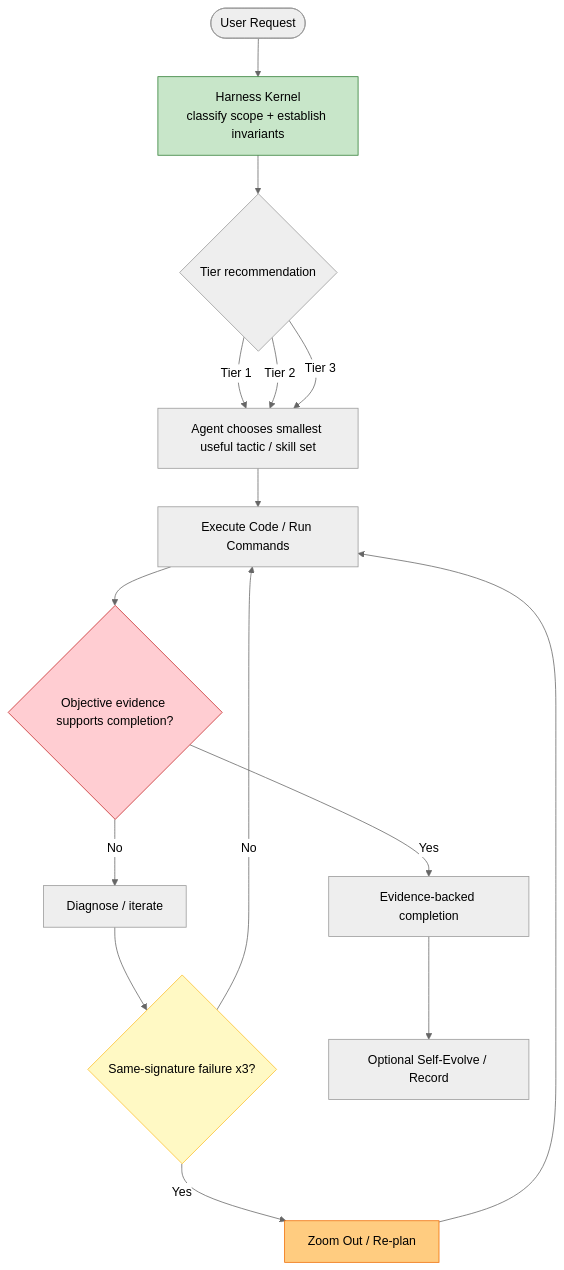
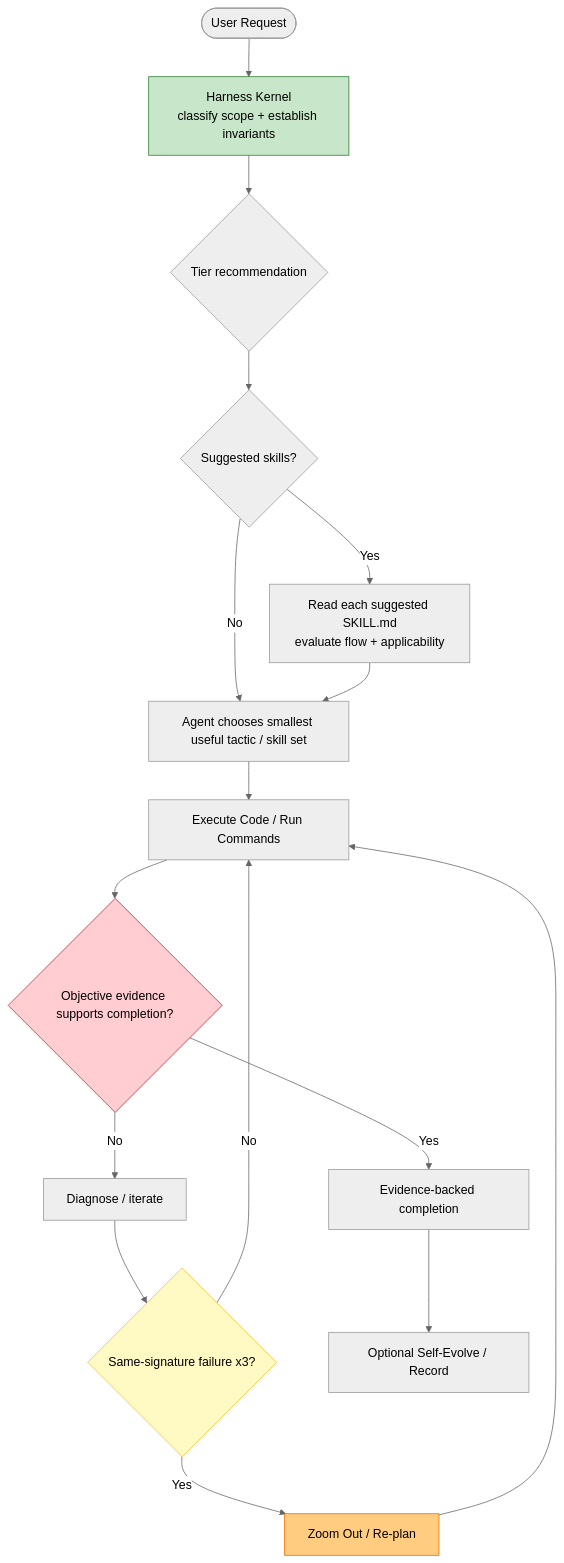
Before and after one commit to dyphn1/Harness-everything: the second of 2 diagrams in README.md, drawn with Mermaid (neutral theme). The commit also changed other lines of this file and 16 other files, not shown here.

First line of the commit message:
feat(router): require evaluation before skipping suggested skills (#140)

````diff
--- a/README.md
+++ b/README.md
@@ -118,21 +118,22 @@
 ```mermaid
 flowchart TD
     U([User Request]) --> K[Harness Kernel<br/>classify scope + establish invariants]
     K --> T{Tier recommendation}
-    T -->|Tier 1| A[Agent chooses smallest useful tactic / skill set]
-    T -->|Tier 2| A
-    T -->|Tier 3| A
+    T --> S{Suggested skills?}
+    S -->|Yes| R[Read each suggested SKILL.md<br/>evaluate flow + applicability]
+    S -->|No| A[Agent chooses smallest useful tactic / skill set]
+    R --> A
     A --> Exec[Execute Code / Run Commands]
     Exec --> Gate{Objective evidence supports completion?}
     Gate -->|No| Retry[Diagnose / iterate]
     Retry --> CB{Same-signature failure x3?}
     CB -->|No| Exec
     CB -->|Yes| ZO[Zoom Out / Re-plan]
     ZO --> Exec
     Gate -->|Yes| Done[Evidence-backed completion]
     Done --> SE[Optional Self-Evolve / Record]
     style K fill:#c8e6c9,stroke:#2e7d32,stroke-width:1px,color:#000000
     style CB fill:#fff9c4,stroke:#fbc02d,stroke-width:1px,color:#000000
     style ZO fill:#ffcc80,stroke:#ef6c00,stroke-width:1px,color:#000000
     style Gate fill:#ffcdd2,stroke:#c62828,stroke-width:1px,color:#000000
 ```
````
